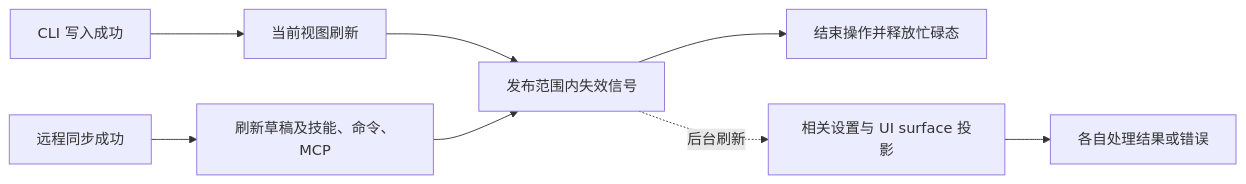
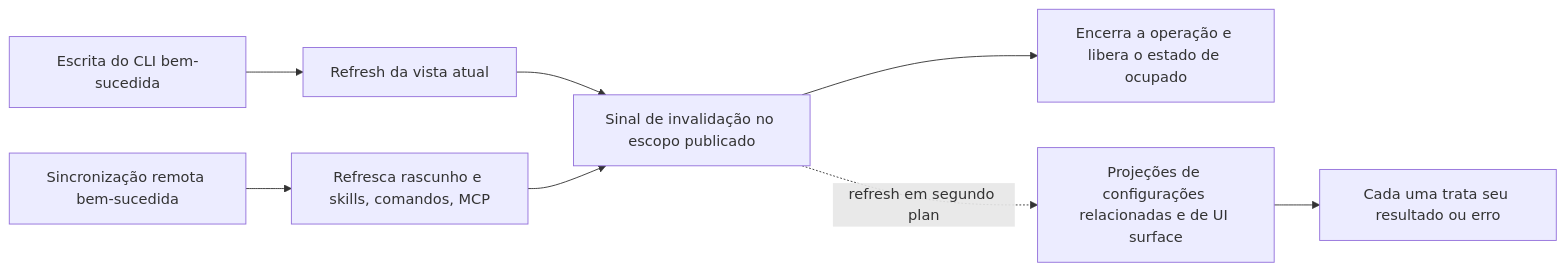
The second of 5 diagrams in docs/plugins/plugin-market-interactions-scope.md (JoaoNetoDev/BR-Code), drawn with Mermaid before and after one commit. The commit also changed other lines of this file and 177 other files, not shown here.

````diff
--- a/docs/plugins/plugin-market-interactions-scope.md
+++ b/docs/plugins/plugin-market-interactions-scope.md
@@ -93,10 +93,10 @@
 ```mermaid
 flowchart LR
-  W[CLI 写入成功] --> R[当前视图刷新]
-  R --> N[发布范围内失效信号]
-  N --> D[结束操作并释放忙碌态]
-  N -.后台刷新.-> V[相关设置与 UI surface 投影]
-  V --> E[各自处理结果或错误]
-  S[远程同步成功] --> C[刷新草稿及技能、命令、MCP]
+  W[Escrita do CLI bem-sucedida] --> R[Refresh da vista atual]
+  R --> N[Sinal de invalidação no escopo publicado]
+  N --> D[Encerra a operação e libera o estado de ocupado]
+  N -.refresh em segundo plano.-> V[Projeções de configurações relacionadas e de UI surface]
+  V --> E[Cada uma trata seu resultado ou erro]
+  S[Sincronização remota bem-sucedida] --> C[Refresca rascunho e skills, comandos, MCP]
   C --> N
 ```
````
